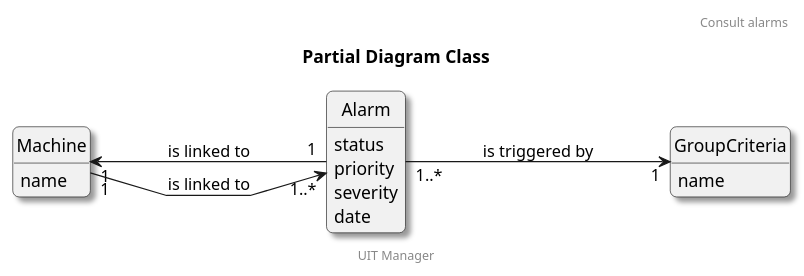
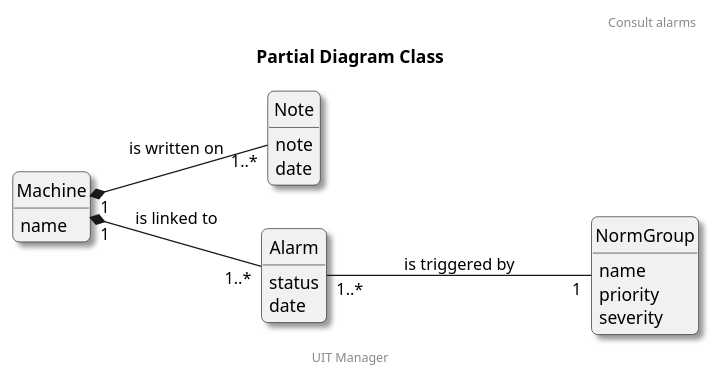
One commit to S0lth/UIT_manager changed the diagram in Doc/Diagrams/original/2_Partial_ClassDiagram_ConsultAlarms.plantuml. Above: the diagram before and after it, drawn with PlantUML. The commit also changed 1 other file, not shown here.

Commit message:
doc: adapt class diagram consult alarm

```diff
--- a/Doc/Diagrams/original/2_Partial_ClassDiagram_ConsultAlarms.plantuml
+++ b/Doc/Diagrams/original/2_Partial_ClassDiagram_ConsultAlarms.plantuml
@@ -1,35 +1,40 @@
 @startuml
 title Partial Diagram Class 
 header Consult alarms
 footer UIT Manager
 
 skinparam monochrome true
 skinparam linetype polyline
 hide class circle
 hide class stereotype
 hide separator
 hide empty members
 skinparam shadowing true
 skinparam roundcorner 10
 left to right direction
 skinparam ArrowThickness 1.
 
 class Machine {
   name
 }
 
-class Alarm {
-  status
-  priority
-  severity
+class Note {
+  note 
   date
 }
 
-class GroupCriteria {
-  name
+class Alarm {
+  status
+  date
 }
 
-Machine "1" <--- "1" Alarm : is linked to
-Machine "1" ---> "1..*" Alarm : is linked to
-Alarm "1..*" ---> "1" GroupCriteria : is triggered by
+class NormGroup {
+  name
+  priority
+  severity
+}
+
+Machine "1" *-- "1..*" Alarm : is linked to
+Machine "1" *-- "1..*" Note : is written on
+Alarm "1..*" --- "1" NormGroup : is triggered by
 @enduml
```
